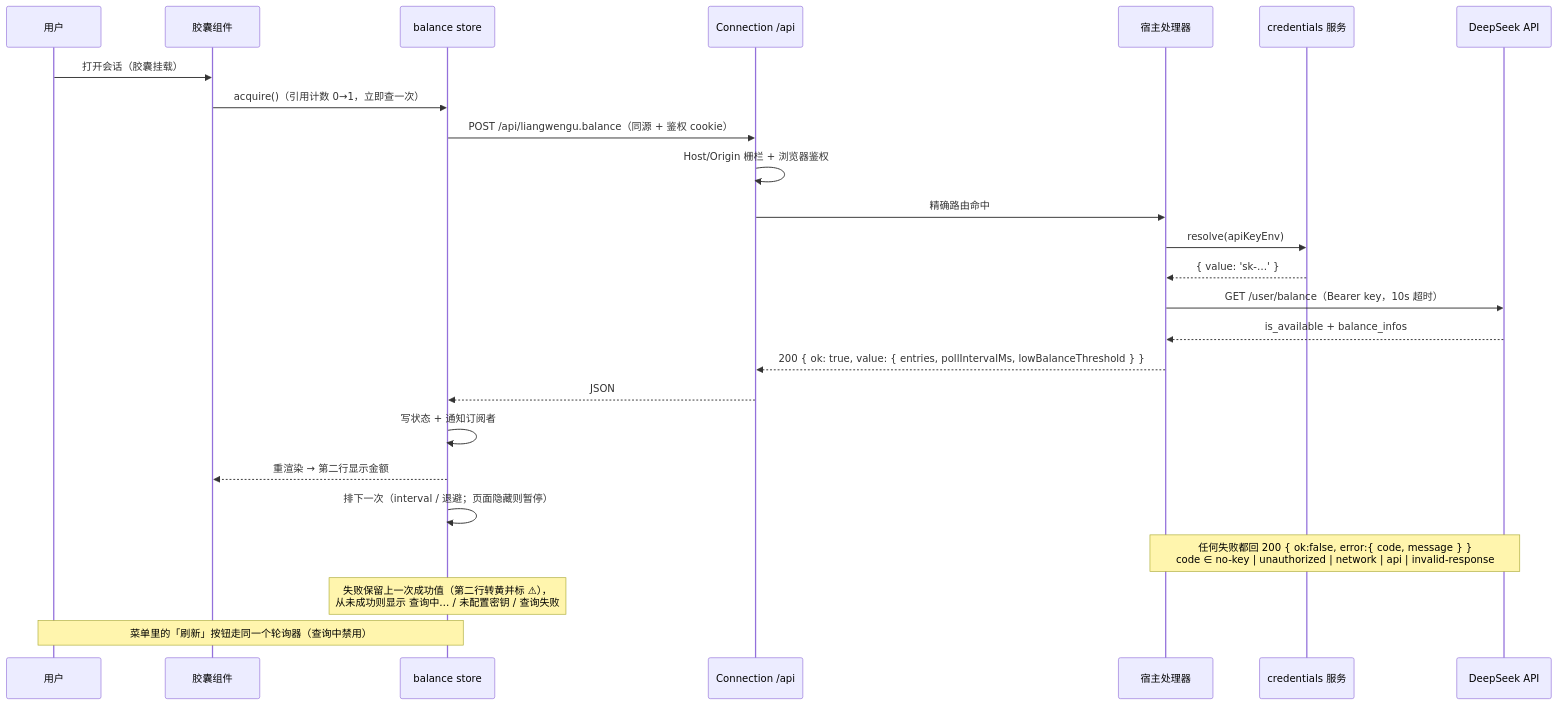
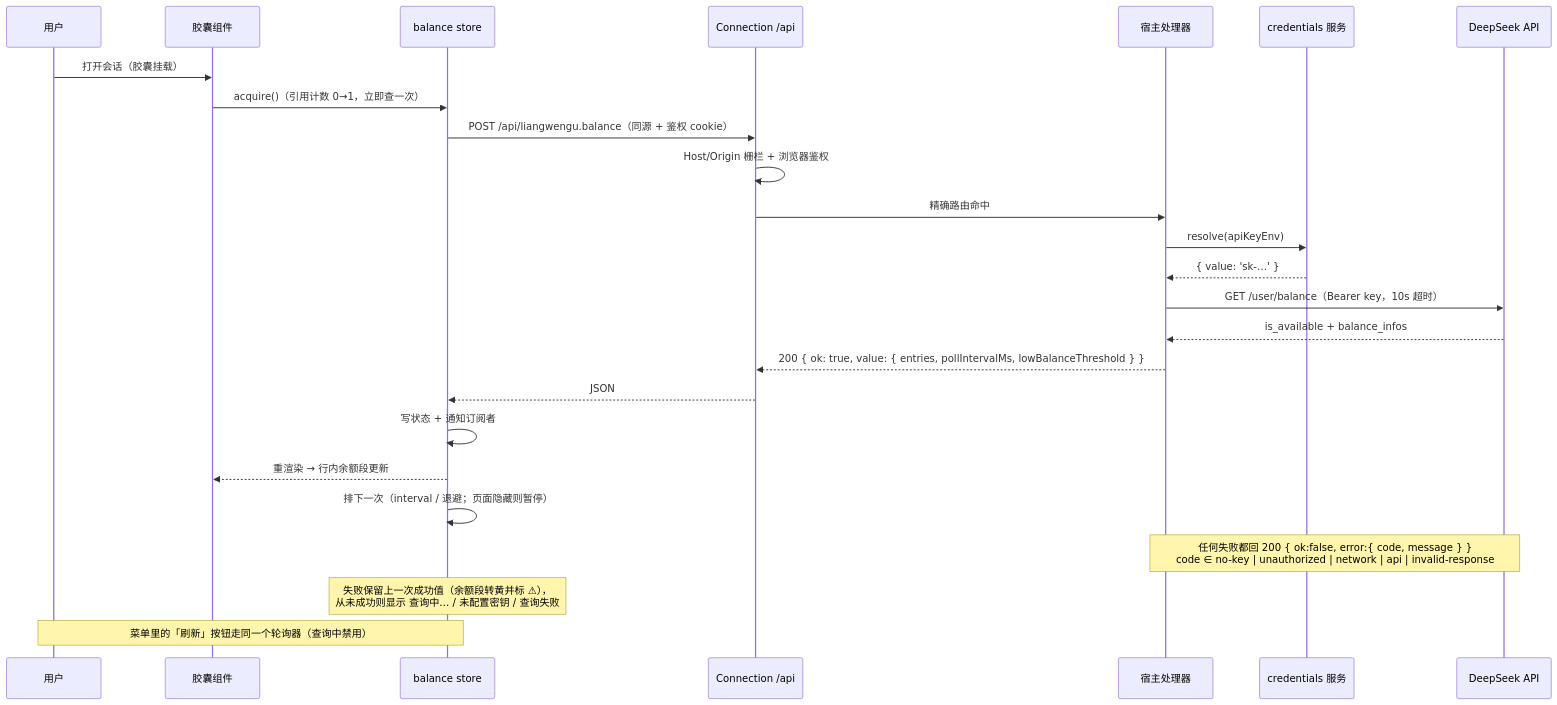
One commit to VinciBeans/deepseek-plugin-liangwengu changed the fourth of 4 diagrams in docs/architecture.md. Above: the diagram before and after it, drawn with Mermaid. The commit also changed other lines of this file and 10 other files, not shown here.

````diff
--- a/docs/architecture.md
+++ b/docs/architecture.md
@@ -177,29 +175,29 @@
 ```mermaid
 sequenceDiagram
   participant U as 用户
   participant B as 胶囊组件
   participant S as balance store
   participant C as Connection /api
   participant H as 宿主处理器
   participant K as credentials 服务
   participant D as DeepSeek API
 
   U->>B: 打开会话（胶囊挂载）
   B->>S: acquire()（引用计数 0→1，立即查一次）
   S->>C: POST /api/liangwengu.balance（同源 + 鉴权 cookie）
   C->>C: Host/Origin 栅栏 + 浏览器鉴权
   C->>H: 精确路由命中
   H->>K: resolve(apiKeyEnv)
   K-->>H: { value: 'sk-…' }
   H->>D: GET /user/balance（Bearer key，10s 超时）
   D-->>H: is_available + balance_infos
   H-->>C: 200 { ok: true, value: { entries, pollIntervalMs, lowBalanceThreshold } }
   C-->>S: JSON
   S->>S: 写状态 + 通知订阅者
-  S-->>B: 重渲染 → 第二行显示金额
+  S-->>B: 重渲染 → 行内余额段更新
   S->>S: 排下一次（interval / 退避；页面隐藏则暂停）
 
   Note over H,D: 任何失败都回 200 { ok:false, error:{ code, message } }<br/>code ∈ no-key | unauthorized | network | api | invalid-response
-  Note over S: 失败保留上一次成功值（第二行转黄并标 ⚠），<br/>从未成功则显示 查询中… / 未配置密钥 / 查询失败
+  Note over S: 失败保留上一次成功值（余额段转黄并标 ⚠），<br/>从未成功则显示 查询中… / 未配置密钥 / 查询失败
   Note over U,S: 菜单里的「刷新」按钮走同一个轮询器（查询中禁用）
 ```
````
